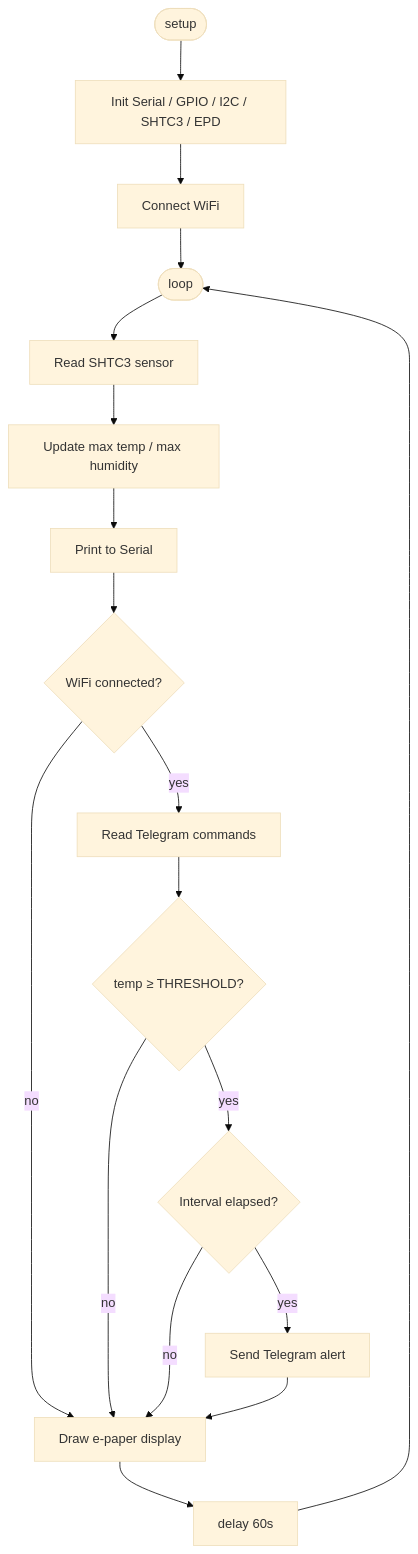
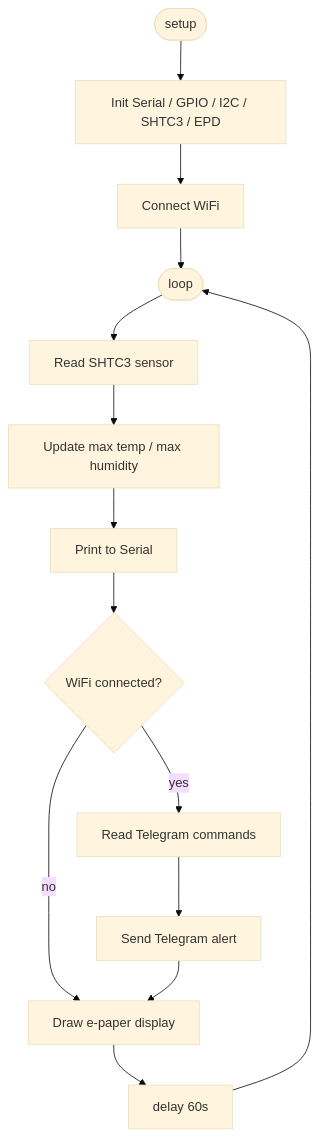
Before and after one commit to AlessandroLorenzi/hot-dog-2: the first of 2 diagrams in README.md, drawn with Mermaid (base theme). The commit also changed other lines of this file, not shown here.

Commit message:
Fix flowchart, add Telegram alert logic diagram, remove sequence diagram

````diff
--- a/README.md
+++ b/README.md
@@ -41,20 +41,16 @@
 ```mermaid
 flowchart TD
     A([setup]) --> B[Init Serial / GPIO / I2C / SHTC3 / EPD]
     B --> W[Connect WiFi]
     W --> C([loop])
     C --> E[Read SHTC3 sensor]
     E --> F[Update max temp / max humidity]
     F --> K[Print to Serial]
     K --> WF{WiFi connected?}
     WF -- no  --> N
     WF -- yes --> CMD[Read Telegram commands]
-    CMD --> H{temp ≥ THRESHOLD?}
-    H -- no  --> N
-    H -- yes --> L{Interval elapsed?}
-    L -- no  --> N
-    L -- yes --> M[Send Telegram alert]
+    CMD --> M[Send Telegram alert]
     M --> N[Draw e-paper display]
     N --> P[delay 60s]
     P --> C
 ```
````
